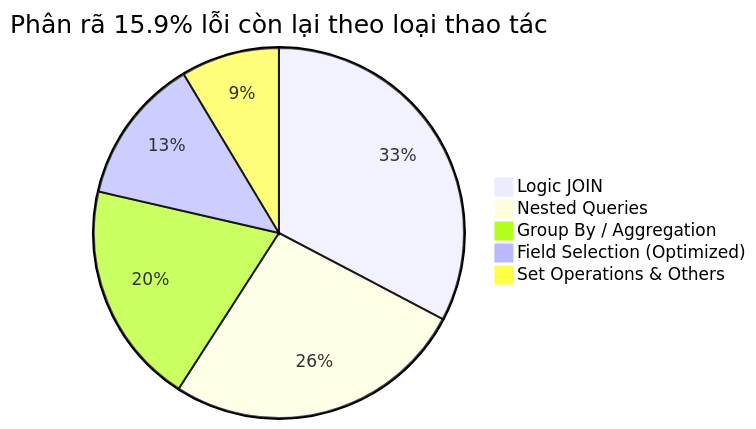
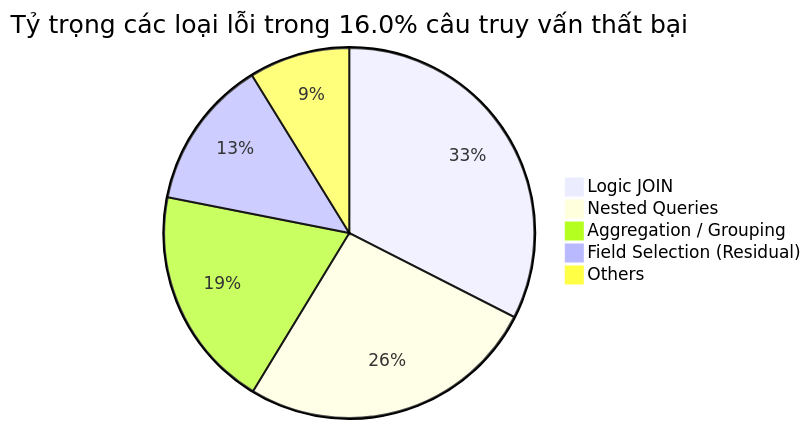
Before and after one commit to thanhmiyata/luan-van-tot-nghiep: the fourth of 4 diagrams in complete_paper_combined_vi.md, drawn with Mermaid. The commit also changed other lines of this file, not shown here.

````diff
--- a/complete_paper_combined_vi.md
+++ b/complete_paper_combined_vi.md
@@ -557,8 +514,8 @@
 ```mermaid
-pie title Phân rã 15.9% lỗi còn lại theo loại thao tác
-    "Logic JOIN" : 32.7
-    "Nested Queries" : 26.4
-    "Group By / Aggregation" : 19.5
-    "Field Selection (Optimized)" : 12.8
-    "Set Operations & Others" : 8.6
+pie title Tỷ trọng các loại lỗi trong 16.0% câu truy vấn thất bại
+    "Logic JOIN" : 32.5
+    "Nested Queries" : 26.2
+    "Aggregation / Grouping" : 19.4
+    "Field Selection (Residual)" : 13.1
+    "Others" : 8.8
 ```
````
